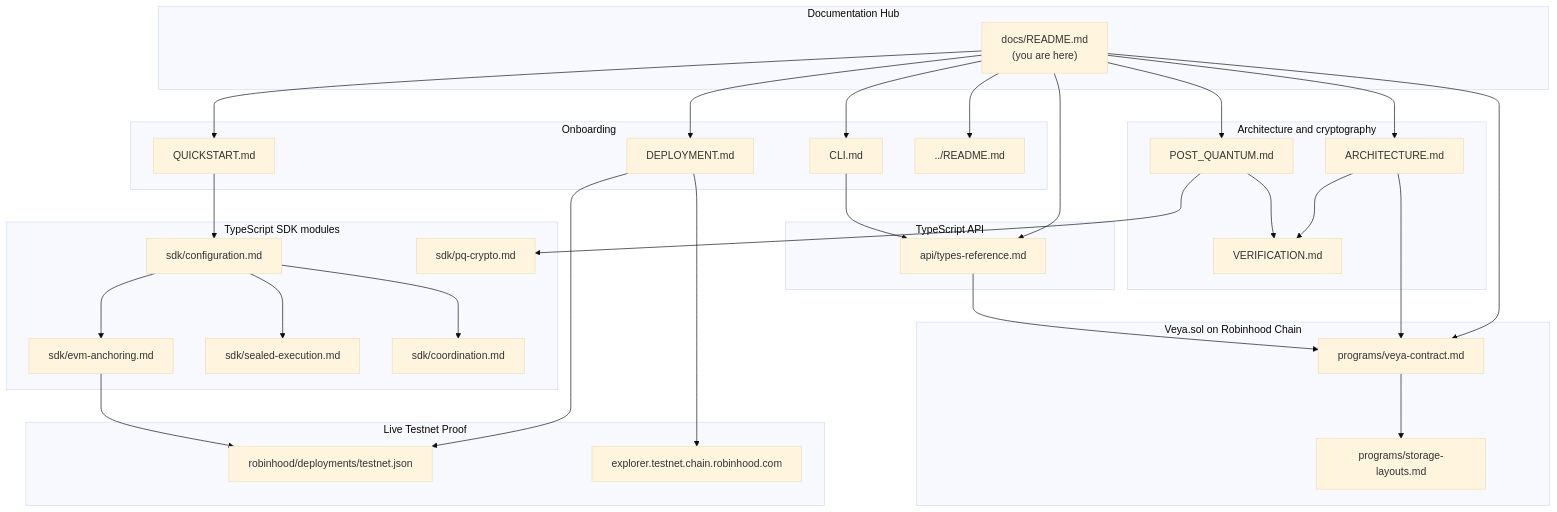
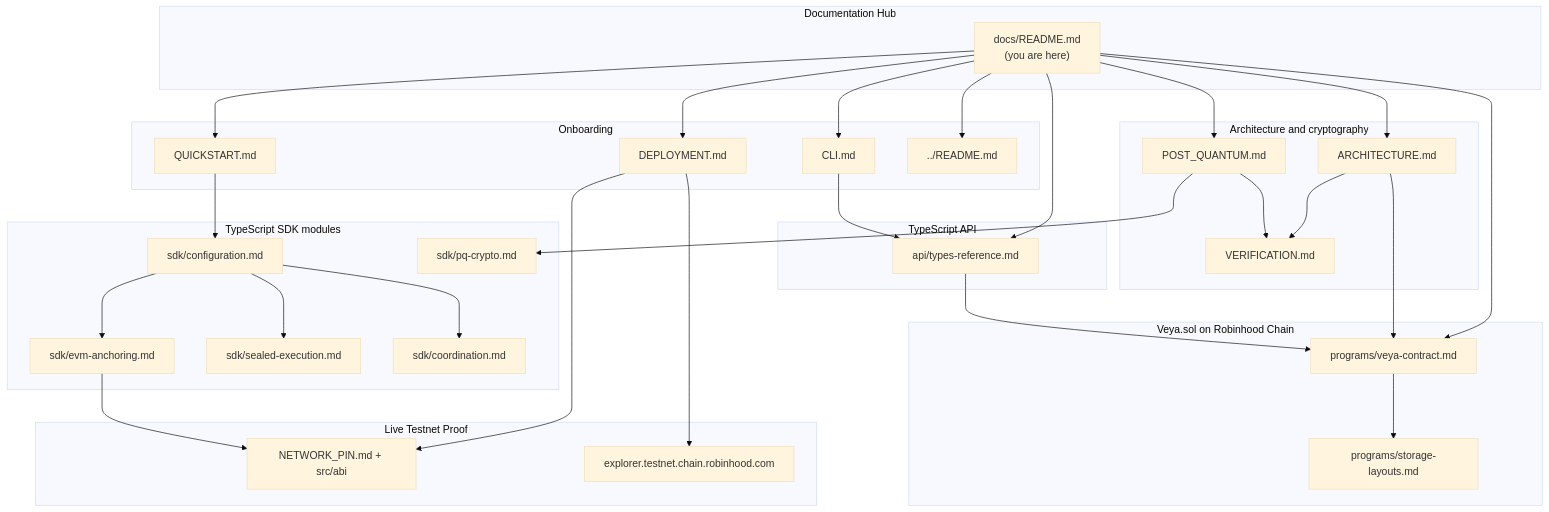
Before and after one commit to veyanet/veya-sdk: the first of 7 diagrams in docs/README.md, drawn with Mermaid (base theme). The commit also changed other lines of this file, not shown here.

Commit message:
docs: expand docs index for robinhood sdk surfaces

````diff
--- a/docs/README.md
+++ b/docs/README.md
@@ -91,64 +91,64 @@
 ```mermaid
 flowchart TB
     subgraph Hub["Documentation Hub"]
         README["docs/README.md\n(you are here)"]
     end
 
     subgraph Onboarding["Onboarding"]
         QS["QUICKSTART.md"]
         CLI["CLI.md"]
         DEPLOY["DEPLOYMENT.md"]
         PKG["../README.md"]
     end
 
     subgraph Core["Architecture and cryptography"]
         ARCH["ARCHITECTURE.md"]
         PQ["POST_QUANTUM.md"]
         VERIFY["VERIFICATION.md"]
     end
 
     subgraph OnChain["Veya.sol on Robinhood Chain"]
         PROG["programs/veya-contract.md"]
         STOR["programs/storage-layouts.md"]
     end
 
     subgraph SDKDocs["TypeScript SDK modules"]
         CFG["sdk/configuration.md"]
         PQSDK["sdk/pq-crypto.md"]
         EVM["sdk/evm-anchoring.md"]
         SEAL["sdk/sealed-execution.md"]
         COORD["sdk/coordination.md"]
     end
 
     subgraph API["TypeScript API"]
         TYPES["api/types-reference.md"]
     end
 
     subgraph Live["Live Testnet Proof"]
-        JSON["robinhood/deployments/testnet.json"]
+        JSON["NETWORK_PIN.md + src/abi"]
         EXPL["explorer.testnet.chain.robinhood.com"]
     end
 
     README --> PKG
     README --> QS
     README --> CLI
     README --> DEPLOY
     README --> ARCH
     README --> PQ
     README --> PROG
     README --> TYPES
     QS --> CFG
     ARCH --> PROG
     ARCH --> VERIFY
     PQ --> PQSDK
     PQ --> VERIFY
     PROG --> STOR
     CFG --> EVM
     CFG --> SEAL
     CFG --> COORD
     TYPES --> PROG
     DEPLOY --> JSON
     DEPLOY --> EXPL
     CLI --> TYPES
     EVM --> JSON
 ```
````
